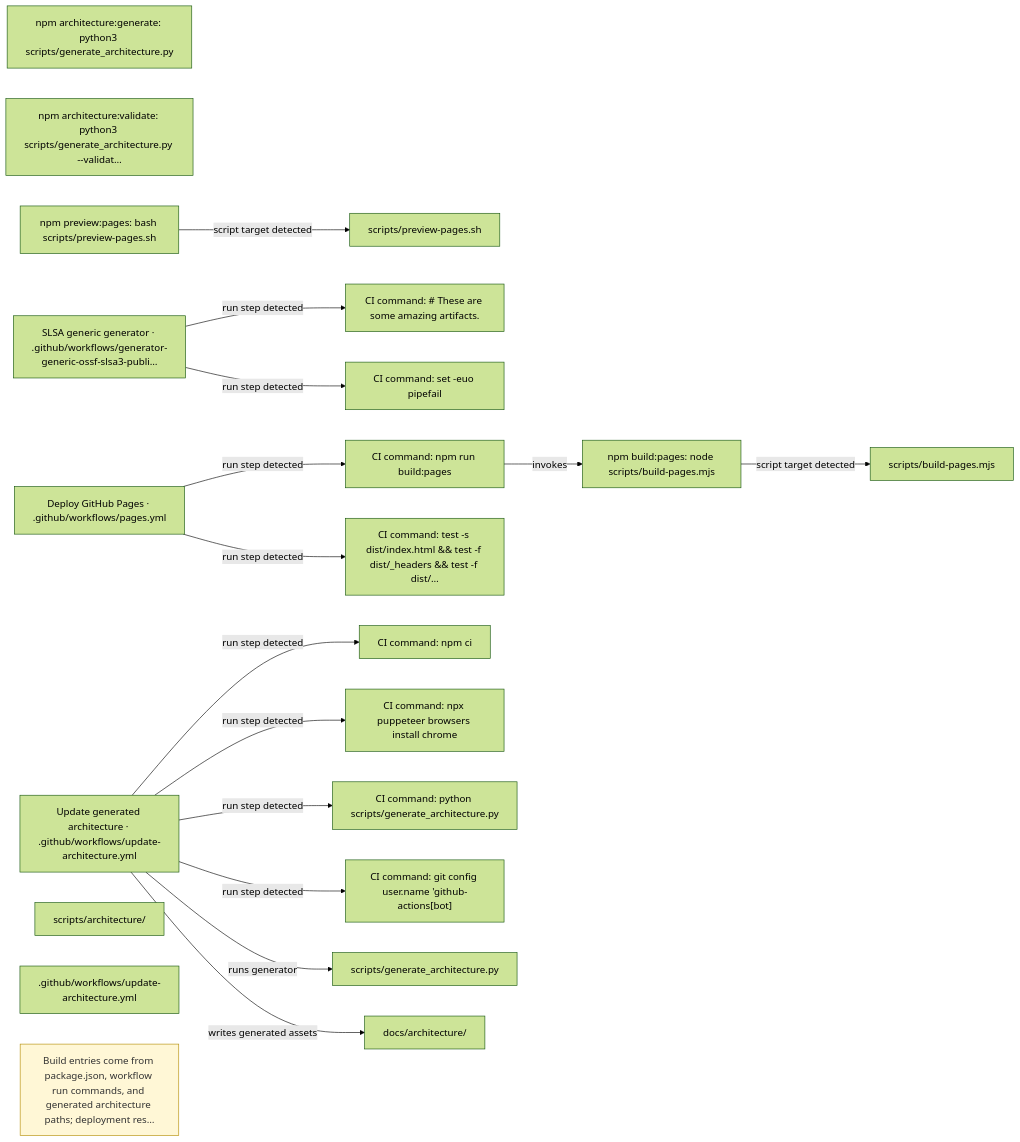
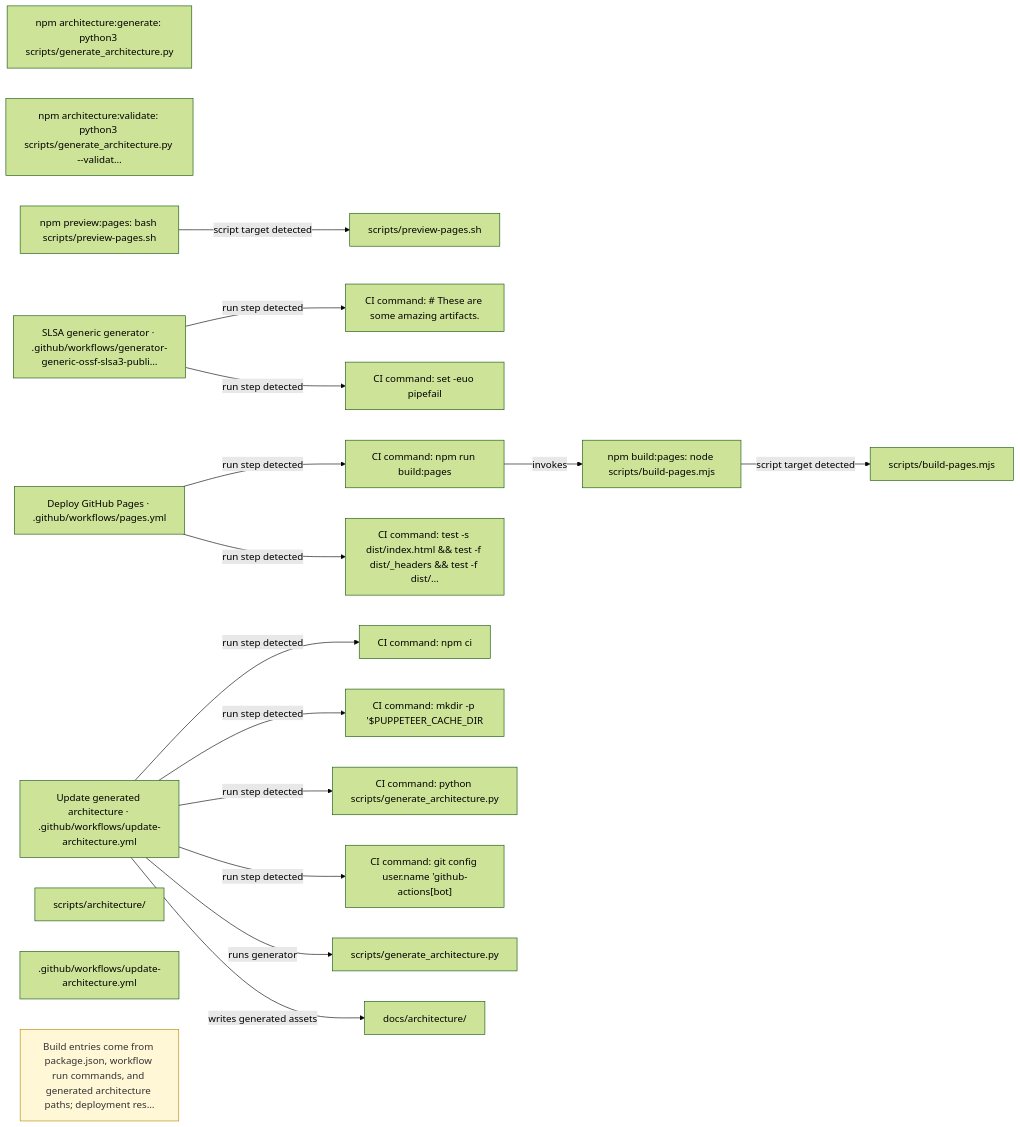
Before and after one commit to TheWildKaden/ArdvarkFood: the diagram in docs/architecture/build-pipelines.mmd, drawn with Mermaid (forest theme). The commit also changed 95 other files, not shown here.

```diff
--- a/docs/architecture/build-pipelines.mmd
+++ b/docs/architecture/build-pipelines.mmd
@@ -1,38 +1,38 @@
 flowchart LR
   npm_architecture_generate["npm architecture:generate: python3 scripts/generate_architecture.py"]
   npm_architecture_validate["npm architecture:validate: python3 scripts/generate_architecture.py --validat…"]
   npm_build_pages["npm build:pages: node scripts/build-pages.mjs"]
   scripts_build_pages_mjs["scripts/build-pages.mjs"]
   npm_preview_pages["npm preview:pages: bash scripts/preview-pages.sh"]
   scripts_preview_pages_sh["scripts/preview-pages.sh"]
   workflow_generator_generic_ossf_slsa3_publish["SLSA generic generator · .github/workflows/generator-generic-ossf-slsa3-publi…"]
   workflow_generator_generic_ossf_slsa3_publish_2["CI command: # These are some amazing artifacts."]
   workflow_generator_generic_ossf_slsa3_publish_3["CI command: set -euo pipefail"]
   workflow_pages["Deploy GitHub Pages · .github/workflows/pages.yml"]
   workflow_pages_4["CI command: npm run build:pages"]
   workflow_pages_6["CI command: test -s dist/index.html && test -f dist/_headers && test -f dist/…"]
   workflow_update_architecture["Update generated architecture · .github/workflows/update-architecture.yml"]
   workflow_update_architecture_7["CI command: npm ci"]
-  workflow_update_architecture_8["CI command: npx puppeteer browsers install chrome"]
+  workflow_update_architecture_8["CI command: mkdir -p '$PUPPETEER_CACHE_DIR"]
   workflow_update_architecture_9["CI command: python scripts/generate_architecture.py"]
   workflow_update_architecture_10["CI command: git config user.name 'github-actions[bot]"]
   scripts_generate_architecture_py["scripts/generate_architecture.py"]
   scripts_architecture_["scripts/architecture/"]
   _github_workflows_update_architecture_yml[".github/workflows/update-architecture.yml"]
   docs_architecture_["docs/architecture/"]
   npm_build_pages -->|"script target detected"| scripts_build_pages_mjs
   npm_preview_pages -->|"script target detected"| scripts_preview_pages_sh
   workflow_generator_generic_ossf_slsa3_publish -->|"run step detected"| workflow_generator_generic_ossf_slsa3_publish_2
   workflow_generator_generic_ossf_slsa3_publish -->|"run step detected"| workflow_generator_generic_ossf_slsa3_publish_3
   workflow_pages -->|"run step detected"| workflow_pages_4
   workflow_pages_4 -->|"invokes"| npm_build_pages
   workflow_pages -->|"run step detected"| workflow_pages_6
   workflow_update_architecture -->|"run step detected"| workflow_update_architecture_7
   workflow_update_architecture -->|"run step detected"| workflow_update_architecture_8
   workflow_update_architecture -->|"run step detected"| workflow_update_architecture_9
   workflow_update_architecture -->|"run step detected"| workflow_update_architecture_10
   workflow_update_architecture -->|"runs generator"| scripts_generate_architecture_py
   workflow_update_architecture -->|"writes generated assets"| docs_architecture_
   analysis_note_0["Build entries come from package.json, workflow run commands, and generated architecture paths; deployment res…"]
   class analysis_note_0 note
   classDef note fill:#fff7d6,stroke:#b38b00,color:#333
```
